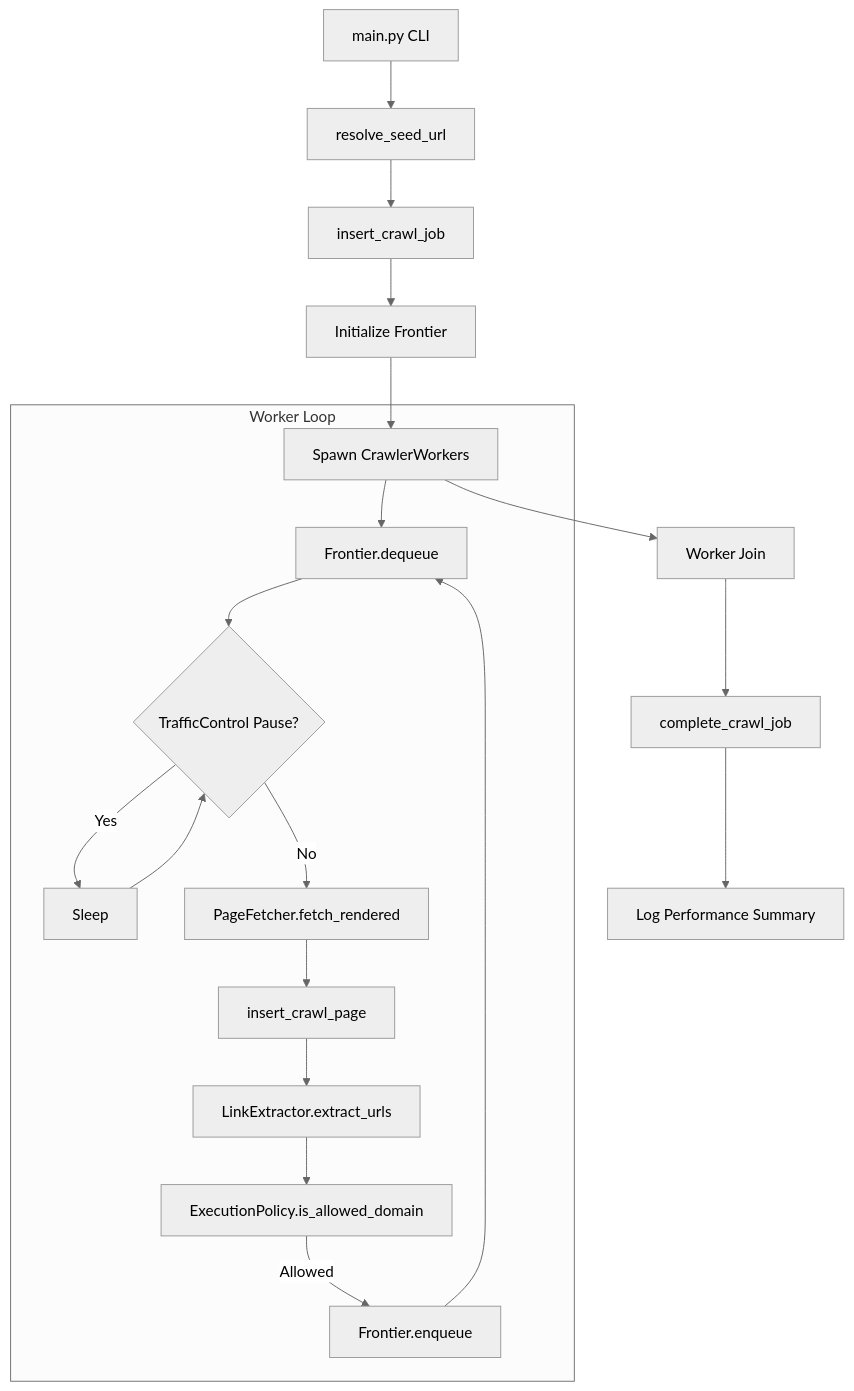
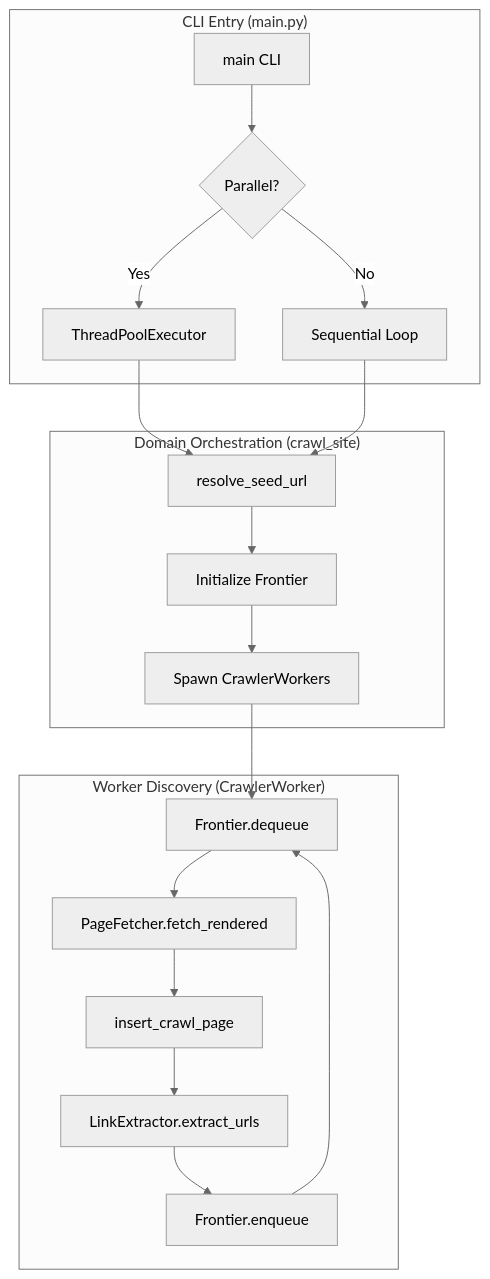
Before and after one commit to Ailover123/Defacement-Detection-System: the diagram in baseline-crawler/docs/crawl_mode.md, drawn with Mermaid (neutral theme). The commit also changed other lines of this file, not shown here.

````diff
--- a/baseline-crawler/docs/crawl_mode.md
+++ b/baseline-crawler/docs/crawl_mode.md
@@ -33,24 +69,23 @@
 ```mermaid
 graph TD
-    A[main.py CLI] --> B[resolve_seed_url]
-    B --> C[insert_crawl_job]
-    C --> D[Initialize Frontier]
-    D --> E[Spawn CrawlerWorkers]
-    
-    subgraph "Worker Loop"
-        E --> F[Frontier.dequeue]
-        F --> G{TrafficControl Pause?}
-        G -- Yes --> H[Sleep]
-        H --> G
-        G -- No --> I[PageFetcher.fetch_rendered]
+    subgraph "CLI Entry (main.py)"
+        A[main CLI] --> B{Parallel?}
+        B -- Yes --> C[ThreadPoolExecutor]
+        B -- No --> D[Sequential Loop]
+    end
+
+    subgraph "Domain Orchestration (crawl_site)"
+        C & D --> E[resolve_seed_url]
+        E --> F[Initialize Frontier]
+        F --> G[Spawn CrawlerWorkers]
+    end
+
+    subgraph "Worker Discovery (CrawlerWorker)"
+        G --> H[Frontier.dequeue]
+        H --> I[PageFetcher.fetch_rendered]
         I --> J[insert_crawl_page]
         J --> K[LinkExtractor.extract_urls]
-        K --> L[ExecutionPolicy.is_allowed_domain]
-        L -- Allowed --> M[Frontier.enqueue]
-        M --> F
+        K --> L[Frontier.enqueue]
+        L --> H
     end
-    
-    E --> N[Worker Join]
-    N --> O[complete_crawl_job]
-    O --> P[Log Performance Summary]
 ```
````
